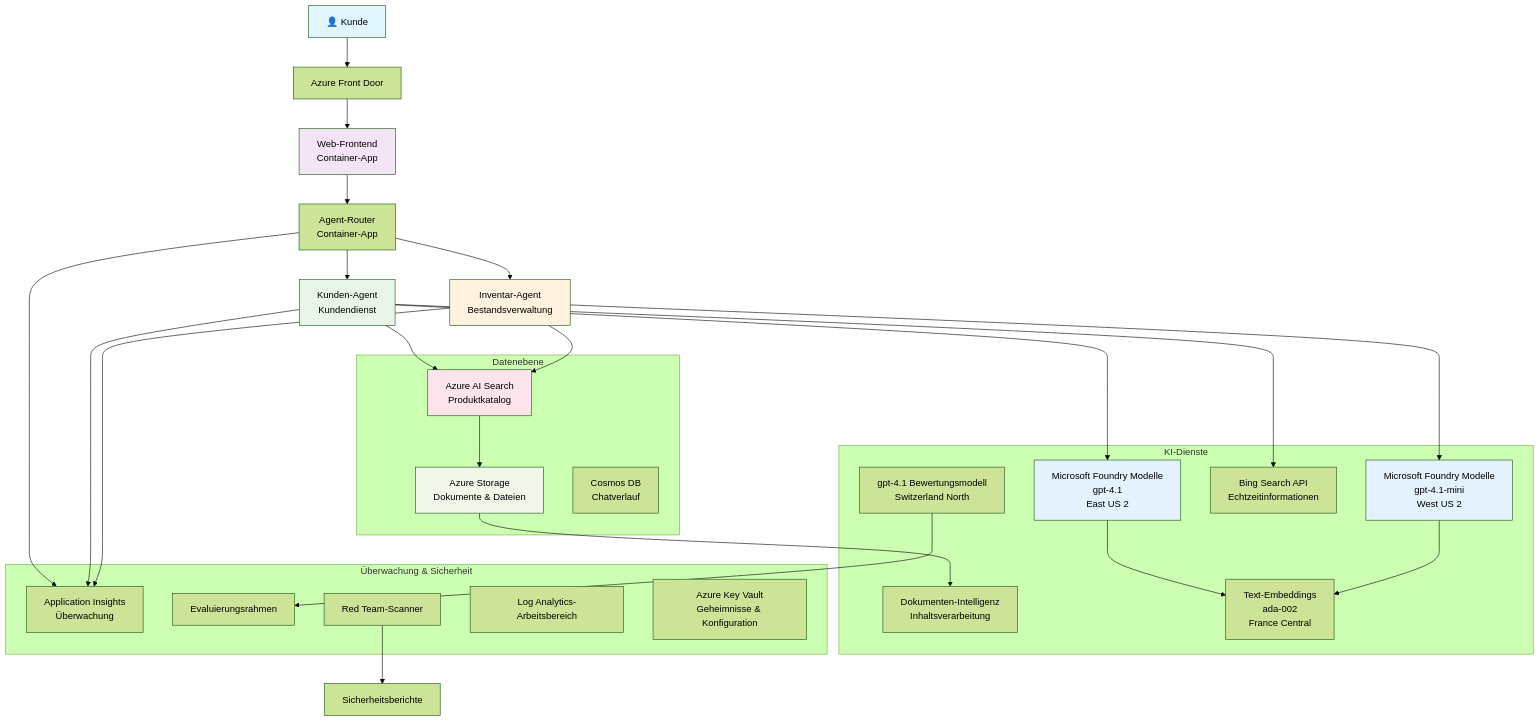
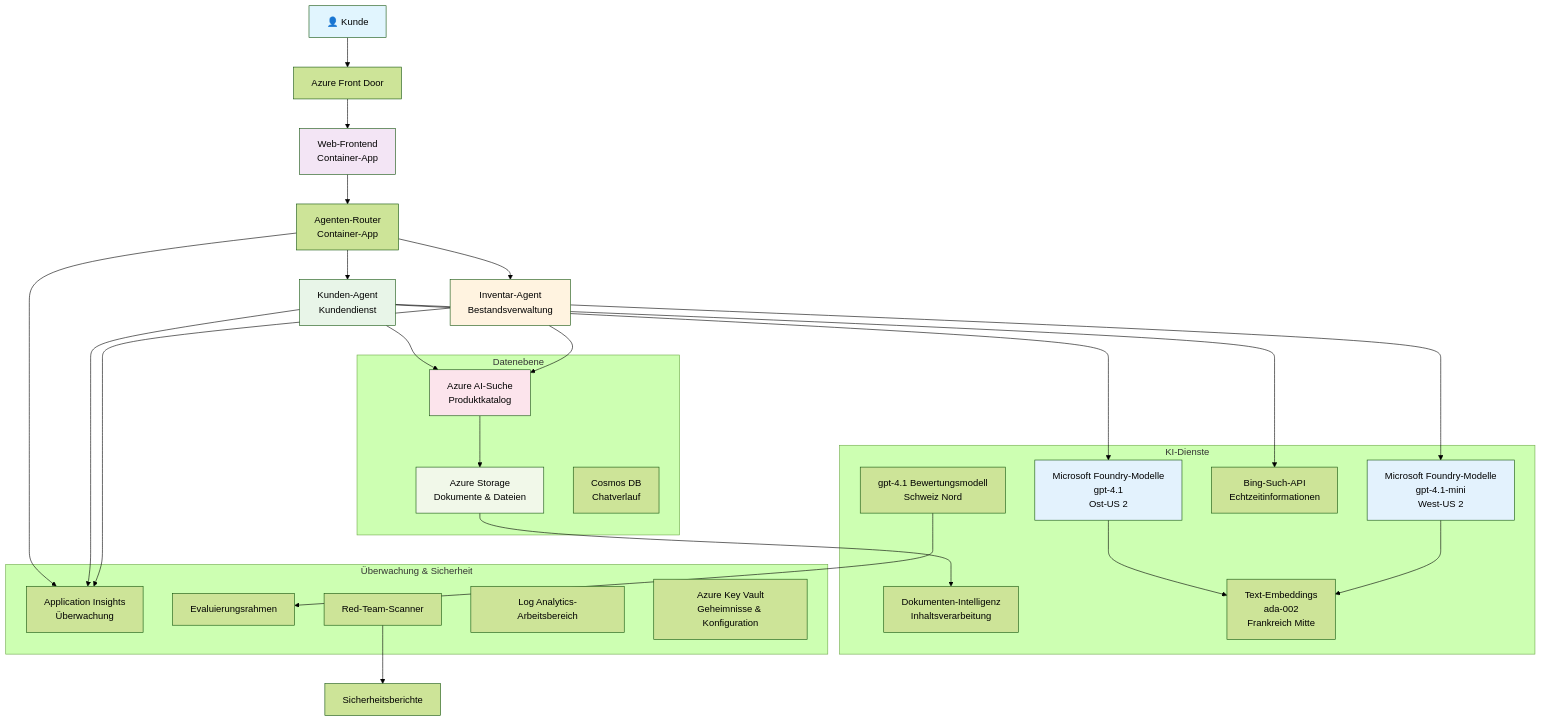
One commit to microsoft/AZD-for-beginners changed the diagram in translations/de/examples/retail-scenario.md. Above: the diagram before and after it, drawn with Mermaid (forest theme). The commit also changed other lines of this file and 104 other files, not shown here.

````diff
--- a/translations/de/examples/retail-scenario.md
+++ b/translations/de/examples/retail-scenario.md
@@ -139,61 +139,61 @@
 ```mermaid
 graph TB
     User[👤 Kunde] --> LB[Azure Front Door]
     LB --> WebApp[Web-Frontend<br/>Container-App]
     
-    WebApp --> Router[Agent-Router<br/>Container-App]
+    WebApp --> Router[Agenten-Router<br/>Container-App]
     Router --> CustomerAgent[Kunden-Agent<br/>Kundendienst]
     Router --> InvAgent[Inventar-Agent<br/>Bestandsverwaltung]
     
-    CustomerAgent --> OpenAI1[Microsoft Foundry Modelle<br/>gpt-4.1<br/>East US 2]
-    InvAgent --> OpenAI2[Microsoft Foundry Modelle<br/>gpt-4.1-mini<br/>West US 2]
+    CustomerAgent --> OpenAI1[Microsoft Foundry-Modelle<br/>gpt-4.1<br/>Ost‑US 2]
+    InvAgent --> OpenAI2[Microsoft Foundry-Modelle<br/>gpt-4.1-mini<br/>West‑US 2]
     
-    CustomerAgent --> AISearch[Azure AI Search<br/>Produktkatalog]
-    CustomerAgent --> BingSearch[Bing Search API<br/>Echtzeitinformationen]
+    CustomerAgent --> AISearch[Azure AI-Suche<br/>Produktkatalog]
+    CustomerAgent --> BingSearch[Bing-Such-API<br/>Echtzeitinformationen]
     InvAgent --> AISearch
     
     AISearch --> Storage[Azure Storage<br/>Dokumente & Dateien]
     Storage --> DocIntel[Dokumenten-Intelligenz<br/>Inhaltsverarbeitung]
     
-    OpenAI1 --> Embeddings[Text-Embeddings<br/>ada-002<br/>France Central]
+    OpenAI1 --> Embeddings[Text-Embeddings<br/>ada-002<br/>Frankreich Mitte]
     OpenAI2 --> Embeddings
     
     Router --> AppInsights[Application Insights<br/>Überwachung]
     CustomerAgent --> AppInsights
     InvAgent --> AppInsights
     
-    GraderModel[gpt-4.1 Bewertungsmodell<br/>Switzerland North] --> Evaluation[Evaluierungsrahmen]
-    RedTeam[Red Team-Scanner] --> SecurityReports[Sicherheitsberichte]
+    GraderModel[gpt-4.1 Bewertungsmodell<br/>Schweiz Nord] --> Evaluation[Evaluierungsrahmen]
+    RedTeam[Red-Team-Scanner] --> SecurityReports[Sicherheitsberichte]
     
     subgraph "Datenebene"
         Storage
         AISearch
         CosmosDB[Cosmos DB<br/>Chatverlauf]
     end
     
     subgraph "KI-Dienste"
         OpenAI1
         OpenAI2
         Embeddings
         GraderModel
         DocIntel
         BingSearch
     end
     
     subgraph "Überwachung & Sicherheit"
         AppInsights
         LogAnalytics[Log Analytics-Arbeitsbereich]
         KeyVault[Azure Key Vault<br/>Geheimnisse & Konfiguration]
         RedTeam
         Evaluation
     end
     
     style User fill:#e1f5fe
     style WebApp fill:#f3e5f5
     style CustomerAgent fill:#e8f5e8
     style InvAgent fill:#fff3e0
     style OpenAI1 fill:#e3f2fd
     style OpenAI2 fill:#e3f2fd
     style AISearch fill:#fce4ec
     style Storage fill:#f1f8e9
 ```
````
